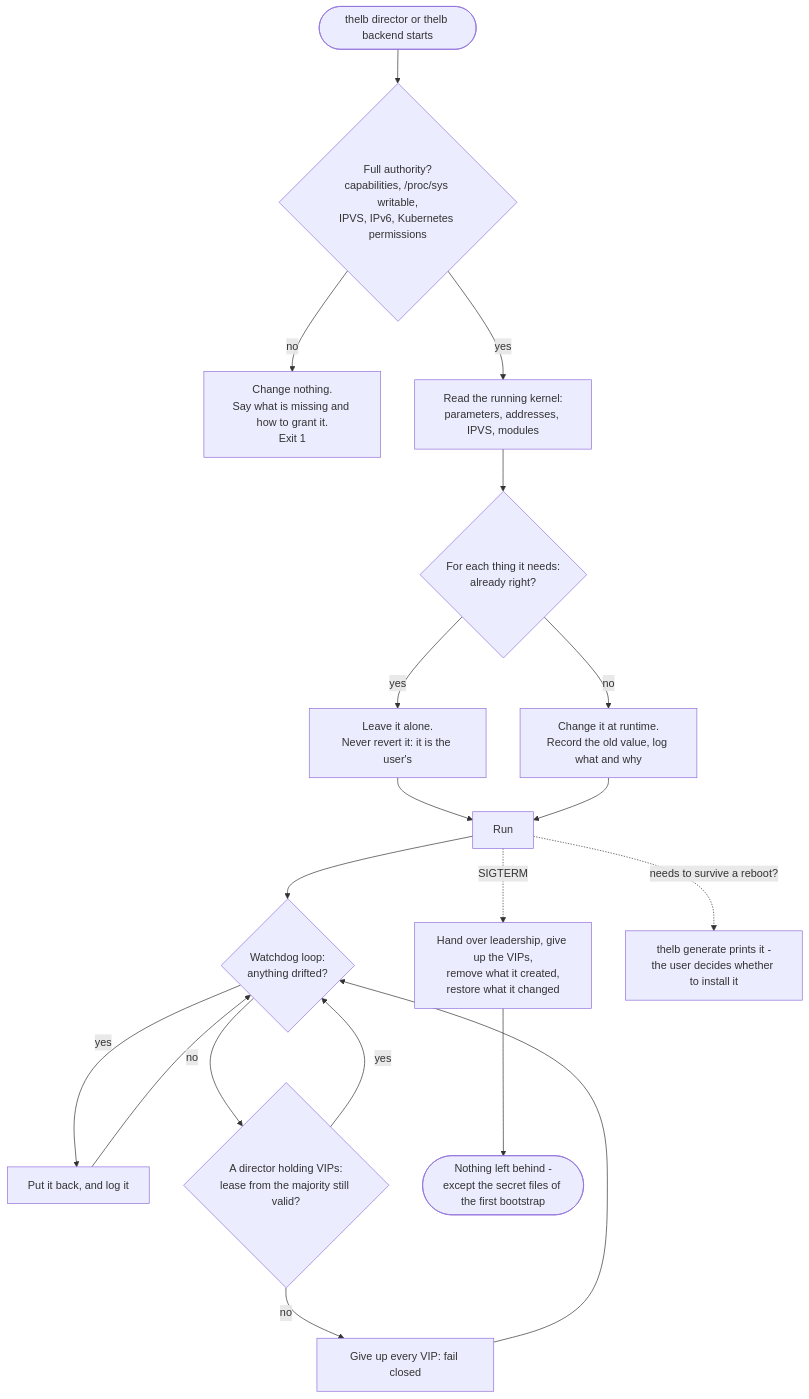
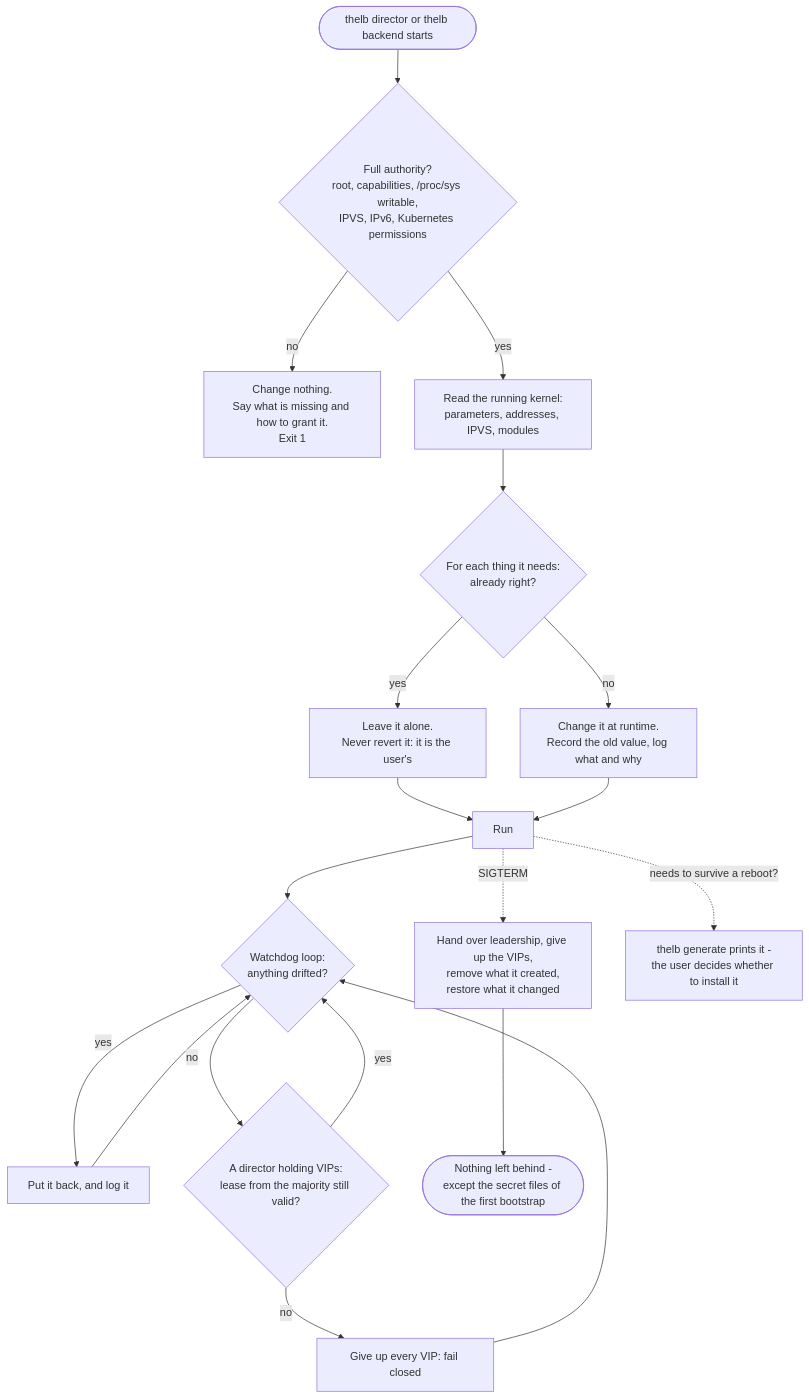
Before and after one commit to dmartsapp/thelb: the first of 6 diagrams in docs/diagrams.md, drawn with Mermaid. The commit also changed other lines of this file and 1 other file, not shown here.

First line of the commit message:
docs: design - approved nodes rejoin without approval; node fingerprint; root only; what status shows on directors and backends

````diff
--- a/docs/diagrams.md
+++ b/docs/diagrams.md
@@ -9,21 +9,21 @@
 ```mermaid
 flowchart TD
-    start(["thelb director or thelb backend starts"]) --> auth{"Full authority?<br/>capabilities, /proc/sys writable,<br/>IPVS, IPv6, Kubernetes permissions"}
+    start(["thelb director or thelb backend starts"]) --> auth{"Full authority?<br/>root, capabilities, /proc/sys writable,<br/>IPVS, IPv6, Kubernetes permissions"}
     auth -->|"no"| refuse["Change nothing.<br/>Say what is missing and how to grant it.<br/>Exit 1"]
     auth -->|"yes"| read["Read the running kernel:<br/>parameters, addresses, IPVS, modules"]
     read --> each{"For each thing it needs:<br/>already right?"}
     each -->|"yes"| leave["Leave it alone.<br/>Never revert it: it is the user's"]
     each -->|"no"| change["Change it at runtime.<br/>Record the old value, log what and why"]
     leave --> run["Run"]
     change --> run
     run --> drift{"Watchdog loop:<br/>anything drifted?"}
     drift -->|"yes"| fix["Put it back, and log it"]
     fix --> drift
     drift -->|"no"| lease{"A director holding VIPs:<br/>lease from the majority still valid?"}
     lease -->|"no"| giveup["Give up every VIP: fail closed"]
     giveup --> drift
     lease -->|"yes"| drift
     run -.->|"SIGTERM"| stop["Hand over leadership, give up the VIPs,<br/>remove what it created,<br/>restore what it changed"]
     stop --> gone(["Nothing left behind -<br/>except the secret files of the first bootstrap"])
     run -.->|"needs to survive a reboot?"| gen["thelb generate prints it -<br/>the user decides whether to install it"]
 ```
````
